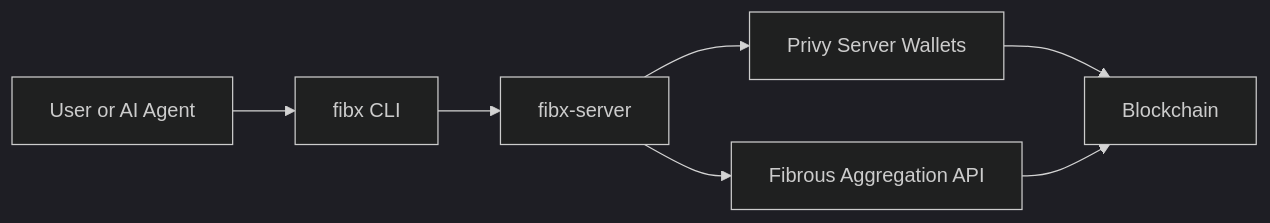
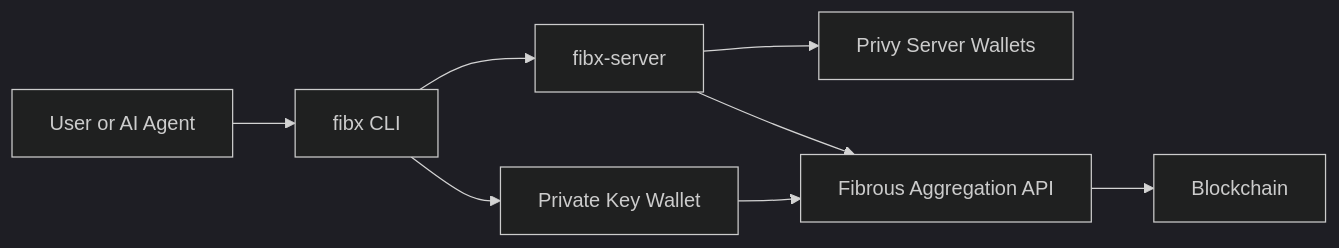
Before and after one commit to gofibrous/docs: the diagram in fibx-agent/index.mdx, drawn with Mermaid (dark theme). The commit also changed other lines of this file and 3 other files, not shown here.

First line of the commit message:
Clarify authentication flow: private key import as primary method

````diff
--- a/fibx-agent/index.mdx
+++ b/fibx-agent/index.mdx
@@ -31,9 +31,10 @@
 ```mermaid
 flowchart LR
     A[User or AI Agent] --> B[fibx CLI]
-    B --> C[fibx-server]
-    C --> D[Privy Server Wallets]
-    C --> E[Fibrous Aggregation API]
-    D --> F[Blockchain]
-    E --> F
+    B --> C[Private Key Wallet]
+    B --> D[fibx-server]
+    D --> E[Privy Server Wallets]
+    C --> F[Fibrous Aggregation API]
+    D --> F
+    F --> G[Blockchain]
 ```
````
